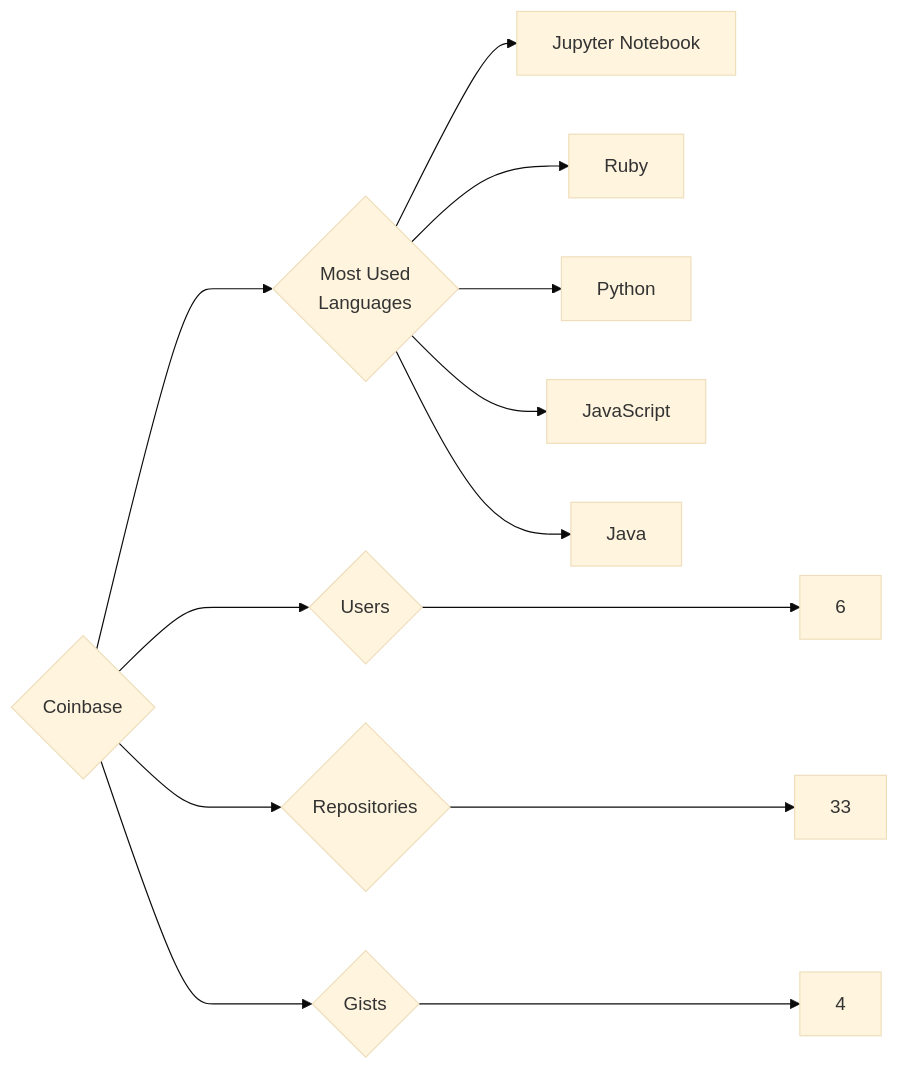
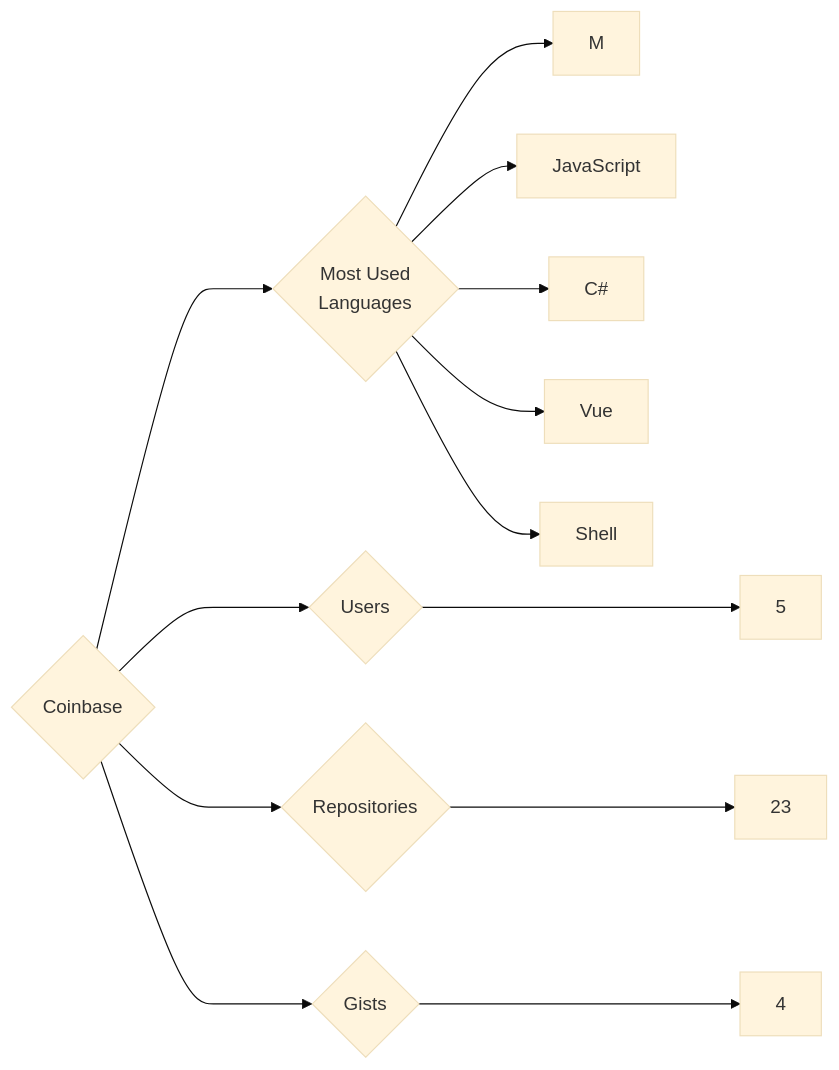
One commit to trickest/insiders changed the diagram in targets/Coinbase/README.md. Above: the diagram before and after it, drawn with Mermaid (base theme). The commit also changed 1120 other files, not shown here.

````diff
--- a/targets/Coinbase/README.md
+++ b/targets/Coinbase/README.md
@@ -3,13 +3,13 @@
 ```mermaid
 graph LR
 COMPANY_NAME{Coinbase}
-COMPANY_NAME ---> U{Users} ---> UN[6]
-COMPANY_NAME ---> R{Repositories} ---> RN[33]
+COMPANY_NAME ---> U{Users} ---> UN[5]
+COMPANY_NAME ---> R{Repositories} ---> RN[23]
 COMPANY_NAME ---> G{Gists} ---> GN[4]
 COMPANY_NAME ---> ML{Most Used<br>Languages}
-ML --> Jupyter_Notebook[Jupyter Notebook]
-ML --> Ruby[Ruby]
-ML --> Python[Python]
+ML --> M[M]
 ML --> JavaScript[JavaScript]
-ML --> Java[Java]
+ML --> C#[C#]
+ML --> Vue[Vue]
+ML --> Shell[Shell]
 ```
````
